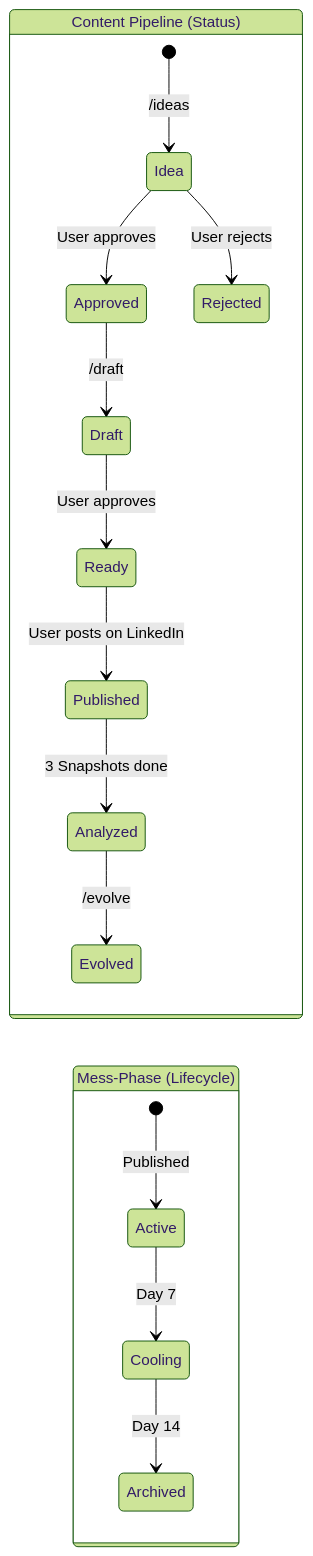
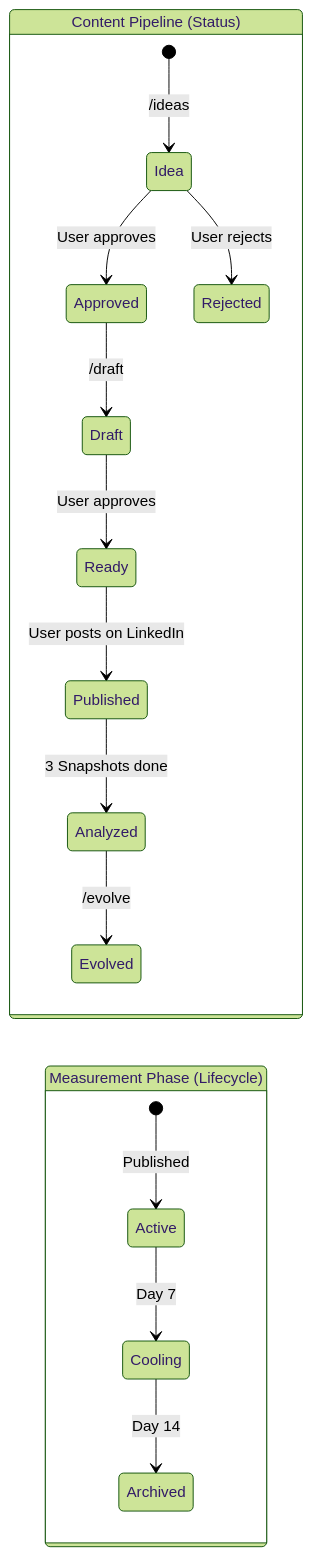
One commit to sabania/linkedin-cli changed the fourth of 8 diagrams in plugin/README.md. Above: the diagram before and after it, drawn with Mermaid (forest theme). The commit also changed other lines of this file and 35 other files, not shown here.

````diff
--- a/plugin/README.md
+++ b/plugin/README.md
@@ -110,21 +110,21 @@
 ```mermaid
 stateDiagram-v2
     direction LR
 
     state "Content Pipeline (Status)" as pipeline {
         [*] --> Idea: /ideas
         Idea --> Approved: User approves
         Idea --> Rejected: User rejects
         Approved --> Draft: /draft
         Draft --> Ready: User approves
         Ready --> Published: User posts on LinkedIn
         Published --> Analyzed: 3 Snapshots done
         Analyzed --> Evolved: /evolve
     }
 
-    state "Mess-Phase (Lifecycle)" as measurement {
+    state "Measurement Phase (Lifecycle)" as measurement {
         [*] --> Active: Published
         Active --> Cooling: Day 7
         Cooling --> Archived: Day 14
     }
 ```
````
